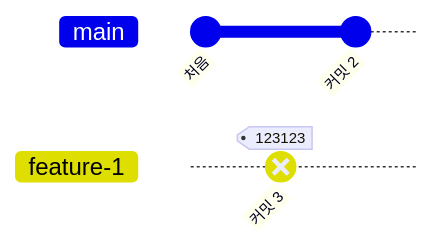
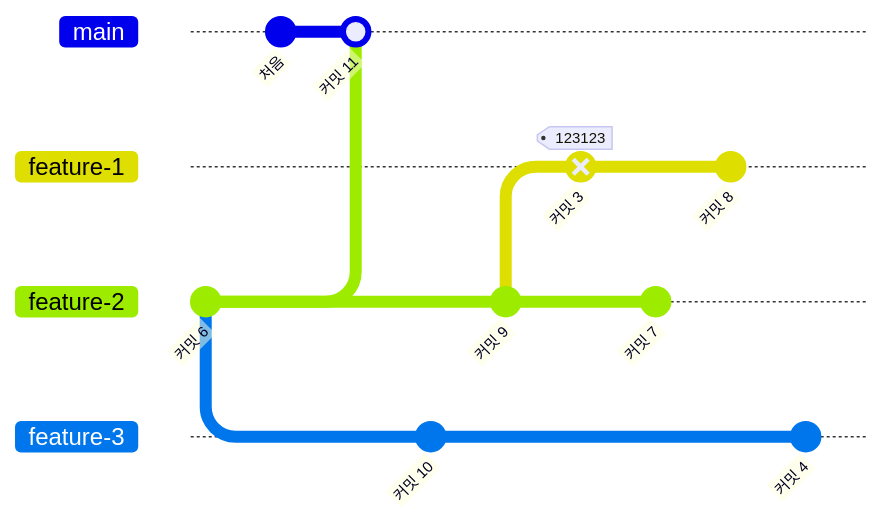
The diagram in README.md (joblessking00/md-test), drawn with Mermaid before and after one commit. The commit also changed other lines of this file, not shown here.

````diff
--- a/README.md
+++ b/README.md
@@ -1,10 +1,21 @@
 ```mermaid
 gitGraph
-    branch feature-1
+    branch feature-2 order: 2
+    commit id: "커밋 6"
+    branch feature-3 order: 3
     checkout main
     commit id: "처음"
+    merge feature-2 id: "커밋 11"
+    checkout feature-3
+    commit id: "커밋 10"
+    checkout feature-2
+    commit id: "커밋 9"
+    branch feature-1 order: 1
+    commit id: "커밋 3" type: REVERSE tag: "123123"
+    checkout feature-2
+    commit id: "커밋 7"
     checkout feature-1
-    commit id: "커밋 3" type: REVERSE tag: "123123"
-    checkout main
-    commit id: "커밋 2"
+    commit id: "커밋 8"
+    checkout feature-3
+    commit id: "커밋 4"
 ```
````
